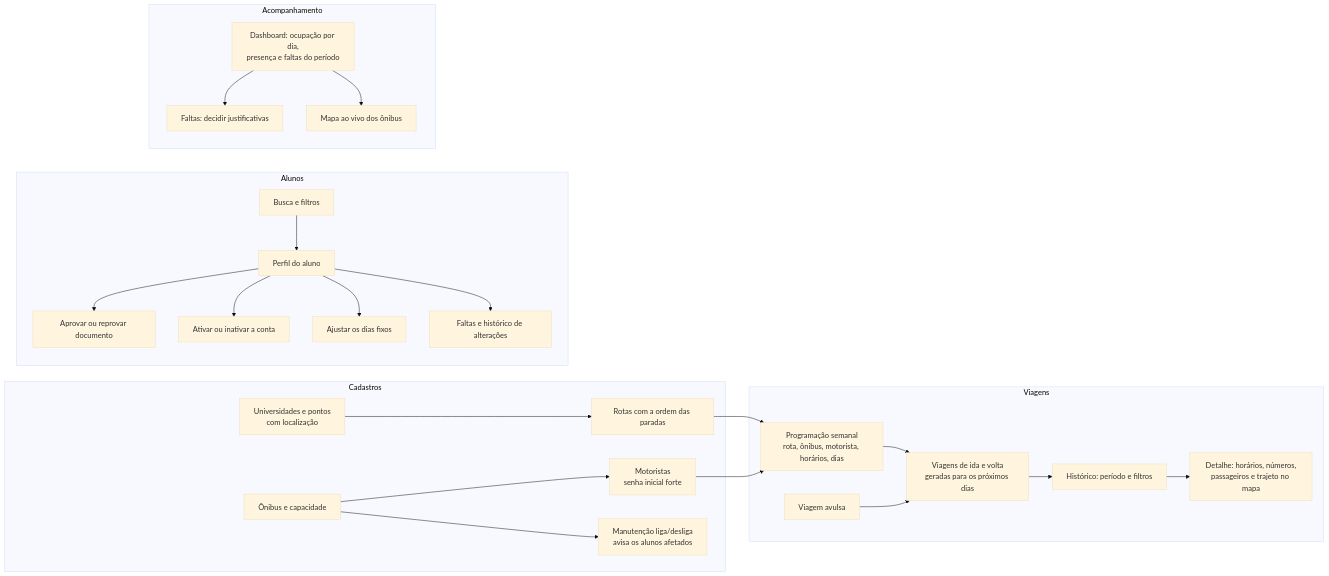
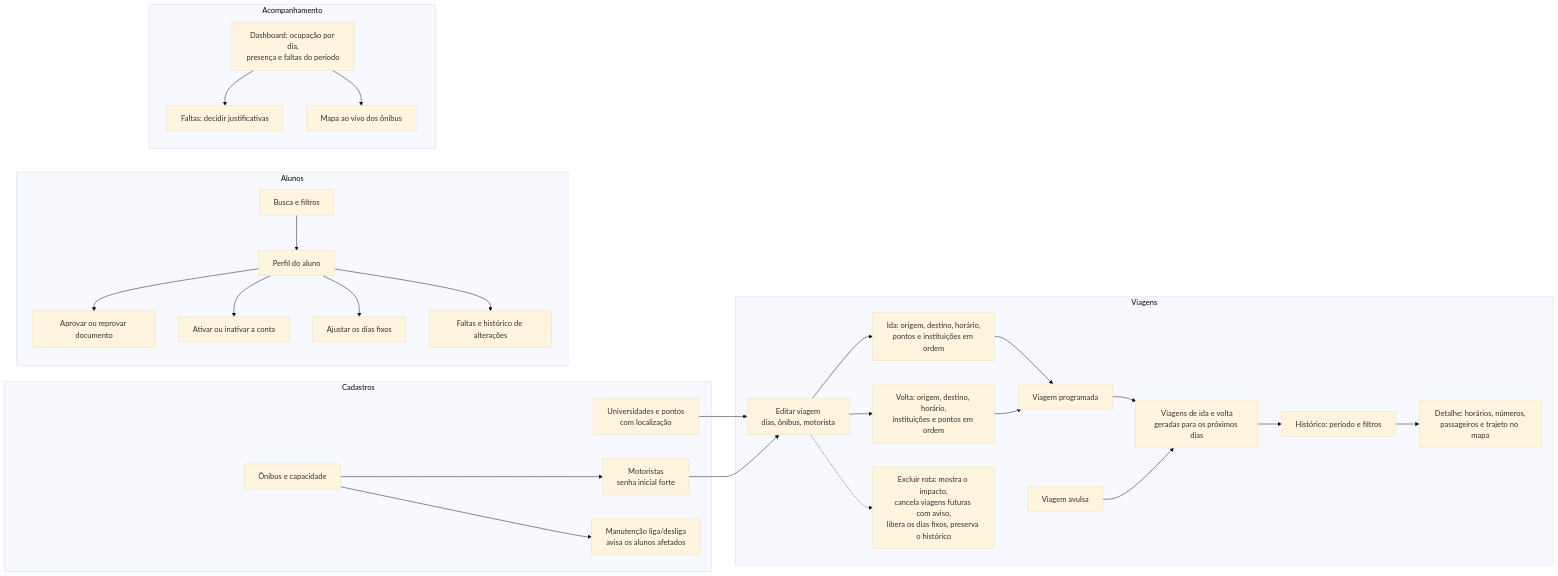
Before and after one commit to samakoi/buson: the fifth of 7 diagrams in docs/fluxos.md, drawn with Mermaid (base theme). The commit also changed other lines of this file and 5 other files, not shown here.

Commit message:
Documentação da fase 12: ida e volta na viagem, exclusão lógica de rotas (ADR 0009)

````diff
--- a/docs/fluxos.md
+++ b/docs/fluxos.md
@@ -88,27 +88,31 @@
 ```mermaid
 flowchart LR
   subgraph Cadastros
-    C1[Universidades e pontos<br/>com localização] --> C2[Rotas com a ordem das paradas]
+    C1[Universidades e pontos<br/>com localização]
     C3[Ônibus e capacidade] --> C4[Motoristas<br/>senha inicial forte]
     C3 --> C5[Manutenção liga/desliga<br/>avisa os alunos afetados]
   end
   subgraph Viagens
-    V1[Programação semanal<br/>rota, ônibus, motorista, horários, dias] --> V2[Viagens de ida e volta<br/>geradas para os próximos dias]
+    V0[Editar viagem<br/>dias, ônibus, motorista] --> V0a[Ida: origem, destino, horário,<br/>pontos e instituições em ordem]
+    V0 --> V0b[Volta: origem, destino, horário,<br/>instituições e pontos em ordem]
+    V0a & V0b --> V1[Viagem programada]
+    V1 --> V2[Viagens de ida e volta<br/>geradas para os próximos dias]
+    V0 -.-> V6[Excluir rota: mostra o impacto,<br/>cancela viagens futuras com aviso,<br/>libera os dias fixos, preserva o histórico]
     V3[Viagem avulsa] --> V2
     V2 --> V4[Histórico: período e filtros]
     V4 --> V5[Detalhe: horários, números,<br/>passageiros e trajeto no mapa]
   end
   subgraph Alunos
     A1[Busca e filtros] --> A2[Perfil do aluno]
     A2 --> A3[Aprovar ou reprovar documento]
     A2 --> A4[Ativar ou inativar a conta]
     A2 --> A5[Ajustar os dias fixos]
     A2 --> A6[Faltas e histórico de alterações]
   end
   subgraph Acompanhamento
     D1[Dashboard: ocupação por dia,<br/>presença e faltas do período] --> D2[Faltas: decidir justificativas]
     D1 --> D3[Mapa ao vivo dos ônibus]
   end
-  C2 --> V1
-  C4 --> V1
+  C1 --> V0
+  C4 --> V0
 ```
````
